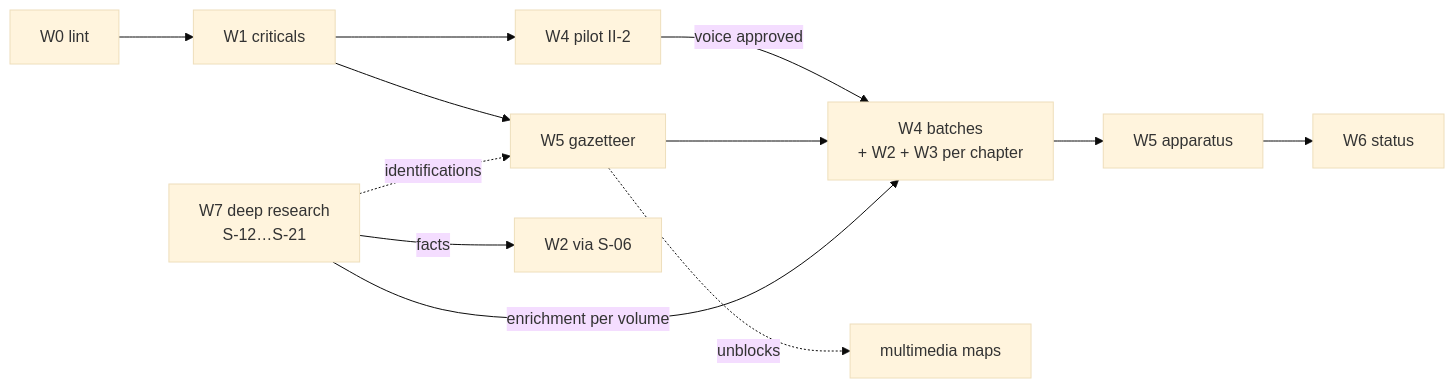
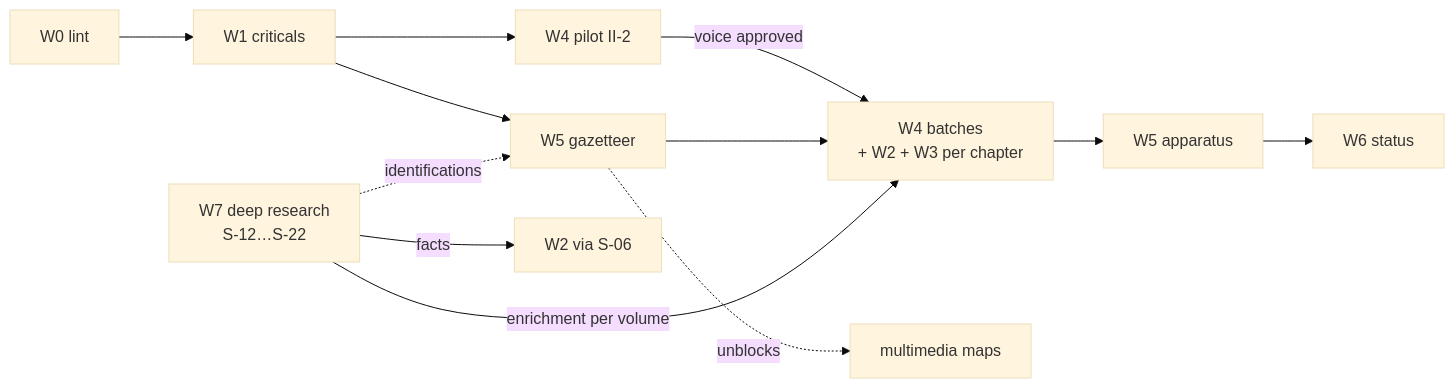
Before and after one commit to Israel-Laguan/marco-polo-reimagined: the diagram in book/plans/content-revision-plan.md, drawn with Mermaid (base theme). The commit also changed other lines of this file and 3 other files, not shown here.

First line of the commit message:
S-22: deep-research spike for modern-media visual references

````diff
--- a/book/plans/content-revision-plan.md
+++ b/book/plans/content-revision-plan.md
@@ -170,14 +170,14 @@
 ```mermaid
 flowchart LR
   W0[W0 lint] --> W1[W1 criticals]
   W1 --> W5g[W5 gazetteer]
   W1 --> P[W4 pilot II-2]
   P -->|voice approved| B[W4 batches<br/>+ W2 + W3 per chapter]
   W5g --> B
   B --> W5[W5 apparatus]
   W5 --> W6[W6 status]
   W5g -.unblocks.-> M[multimedia maps]
-  W7[W7 deep research<br/>S-12…S-21] -->|facts| W2[W2 via S-06]
+  W7[W7 deep research<br/>S-12…S-22] -->|facts| W2[W2 via S-06]
   W7 -->|enrichment per volume| B
   W7 -.identifications.-> W5g
 ```
````
